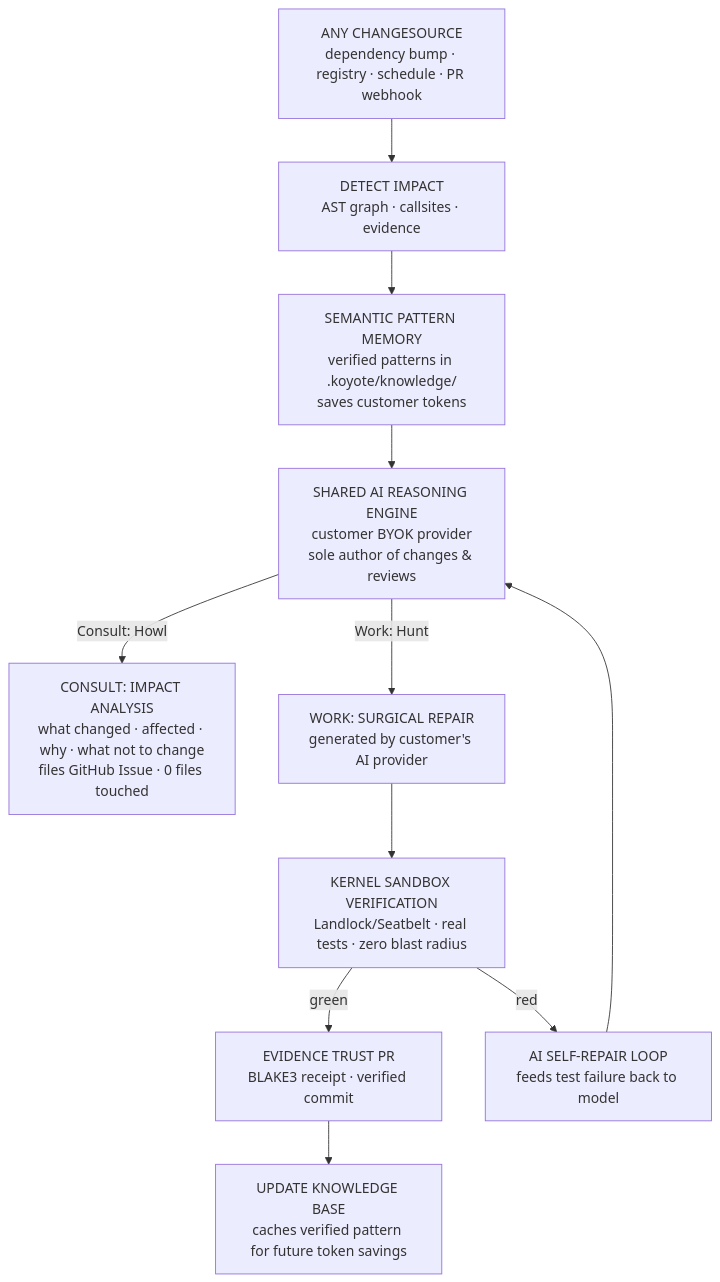
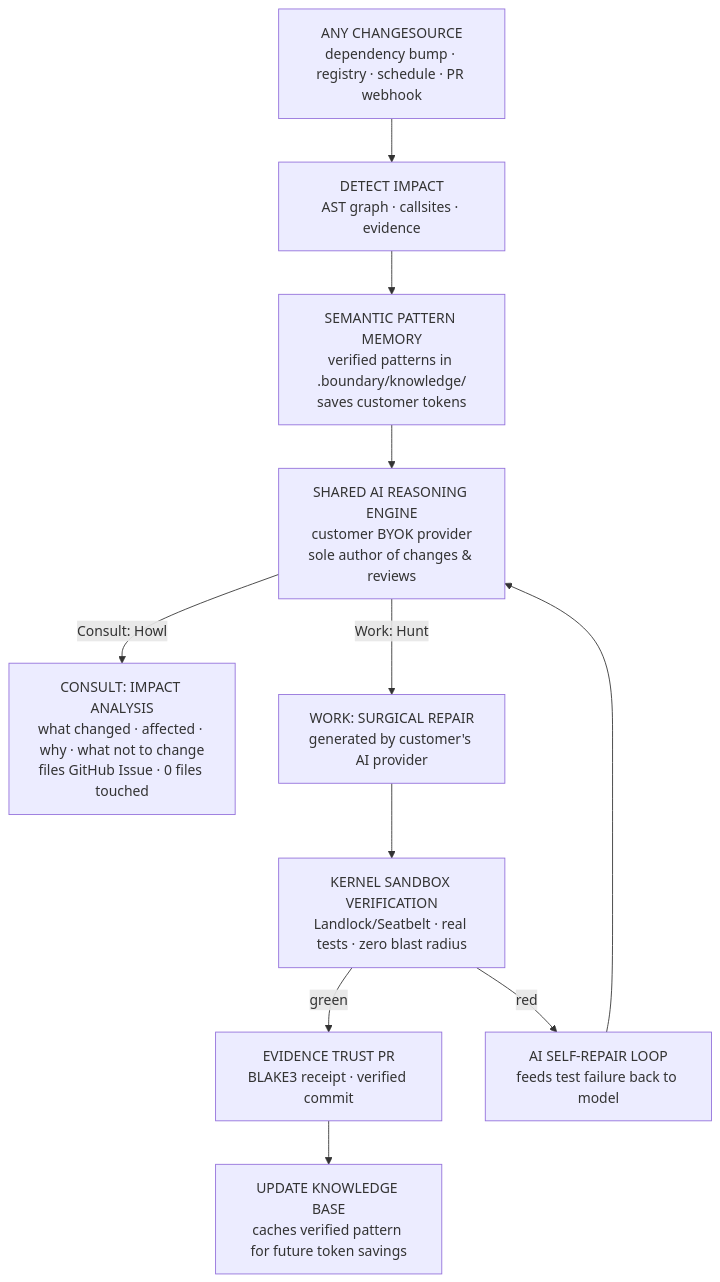
The second of 3 diagrams in docs/SYSTEM_MAP.md (Devaretanmay/Bergendy), drawn with Mermaid before and after one commit. The commit also changed other lines of this file and 233 other files, not shown here.

Commit message:
rename koyote->boundary (package, cli, cargo, docs)

````diff
--- a/docs/SYSTEM_MAP.md
+++ b/docs/SYSTEM_MAP.md
@@ -18,13 +18,13 @@
 ```mermaid
 flowchart TD
     EVENT["ANY CHANGESOURCE<br/>dependency bump · registry · schedule · PR webhook"] --> DETECT["DETECT IMPACT<br/>AST graph · callsites · evidence"]
-    DETECT --> MEM["SEMANTIC PATTERN MEMORY<br/>verified patterns in .koyote/knowledge/<br/>saves customer tokens"]
+    DETECT --> MEM["SEMANTIC PATTERN MEMORY<br/>verified patterns in .boundary/knowledge/<br/>saves customer tokens"]
     MEM --> AI["SHARED AI REASONING ENGINE<br/>customer BYOK provider<br/>sole author of changes & reviews"]
     AI -->|Consult: Howl| ADVICE["CONSULT: IMPACT ANALYSIS<br/>what changed · affected · why · what not to change<br/>files GitHub Issue · 0 files touched"]
     AI -->|Work: Hunt| PATCH["WORK: SURGICAL REPAIR<br/>generated by customer's AI provider"]
     PATCH --> TEST["KERNEL SANDBOX VERIFICATION<br/>Landlock/Seatbelt · real tests · zero blast radius"]
     TEST -->|green| PR["EVIDENCE TRUST PR<br/>BLAKE3 receipt · verified commit"]
     TEST -->|red| RETRY["AI SELF-REPAIR LOOP<br/>feeds test failure back to model"]
     RETRY --> AI
     PR --> FLYWHEEL["UPDATE KNOWLEDGE BASE<br/>caches verified pattern for future token savings"]
 ```
````
